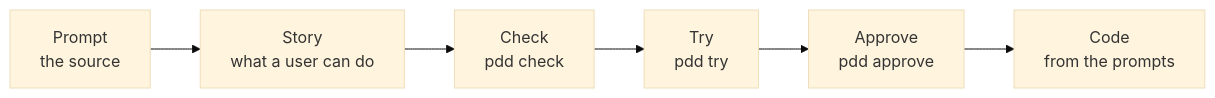
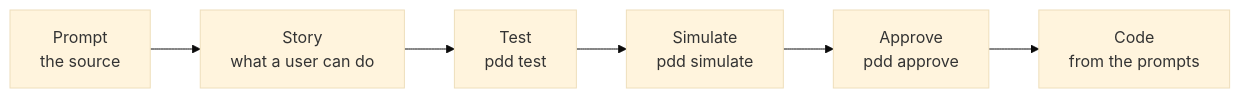
Before and after one commit to promptdriven/pdd: the diagram in README.md, drawn with Mermaid (base theme). The commit also changed other lines of this file and 64 other files, not shown here.

````diff
--- a/README.md
+++ b/README.md
@@ -7,8 +7,8 @@
 ```mermaid
 flowchart LR
   P["Prompt<br/>the source"] --> S["Story<br/>what a user can do"]
-  S --> C["Check<br/>pdd check"]
-  C --> T["Try<br/>pdd try"]
+  S --> C["Test<br/>pdd test"]
+  C --> T["Simulate<br/>pdd simulate"]
   T --> A["Approve<br/>pdd approve"]
   A --> K["Code<br/>from the prompts"]
 ```
````
